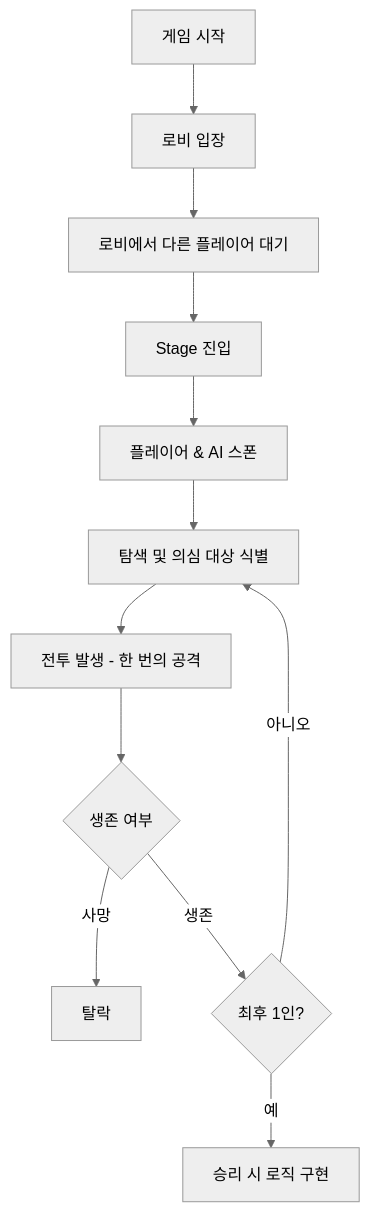
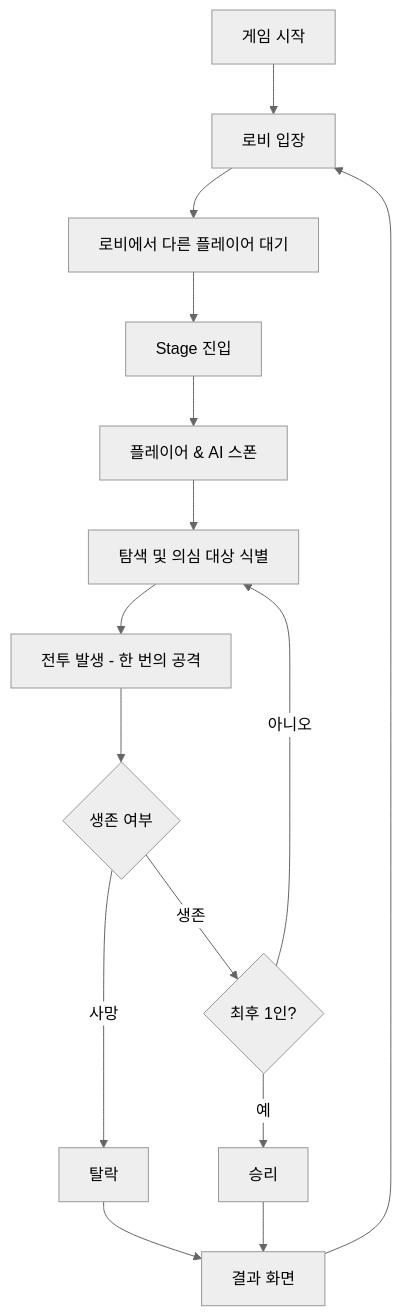
Before and after one commit to NbcampUnreal/3rd_4th-Team6-CH4-Project: the diagram in README.md, drawn with Mermaid (neutral theme).

Commit message:
Update flowchart labels in README.md

````diff
--- a/README.md
+++ b/README.md
@@ -23,14 +23,17 @@
 ```mermaid
 flowchart TD
     A[게임 시작] --> B[로비 입장]
     B --> C[로비에서 다른 플레이어 대기]
     C --> D[Stage 진입]
     D --> E[플레이어 & AI 스폰]
     E --> F[탐색 및 의심 대상 식별]
     F --> G[전투 발생 - 한 번의 공격]
     G --> H{생존 여부}
     H -->|사망| I[탈락]
     H -->|생존| J{최후 1인?}
     J -->|아니오| F
-    J -->|예| K[승리 시 로직 구현]
+    J -->|예| K[승리]
+    I --> L[결과 화면]
+    K --> L
+    L --> B
 ```
````
